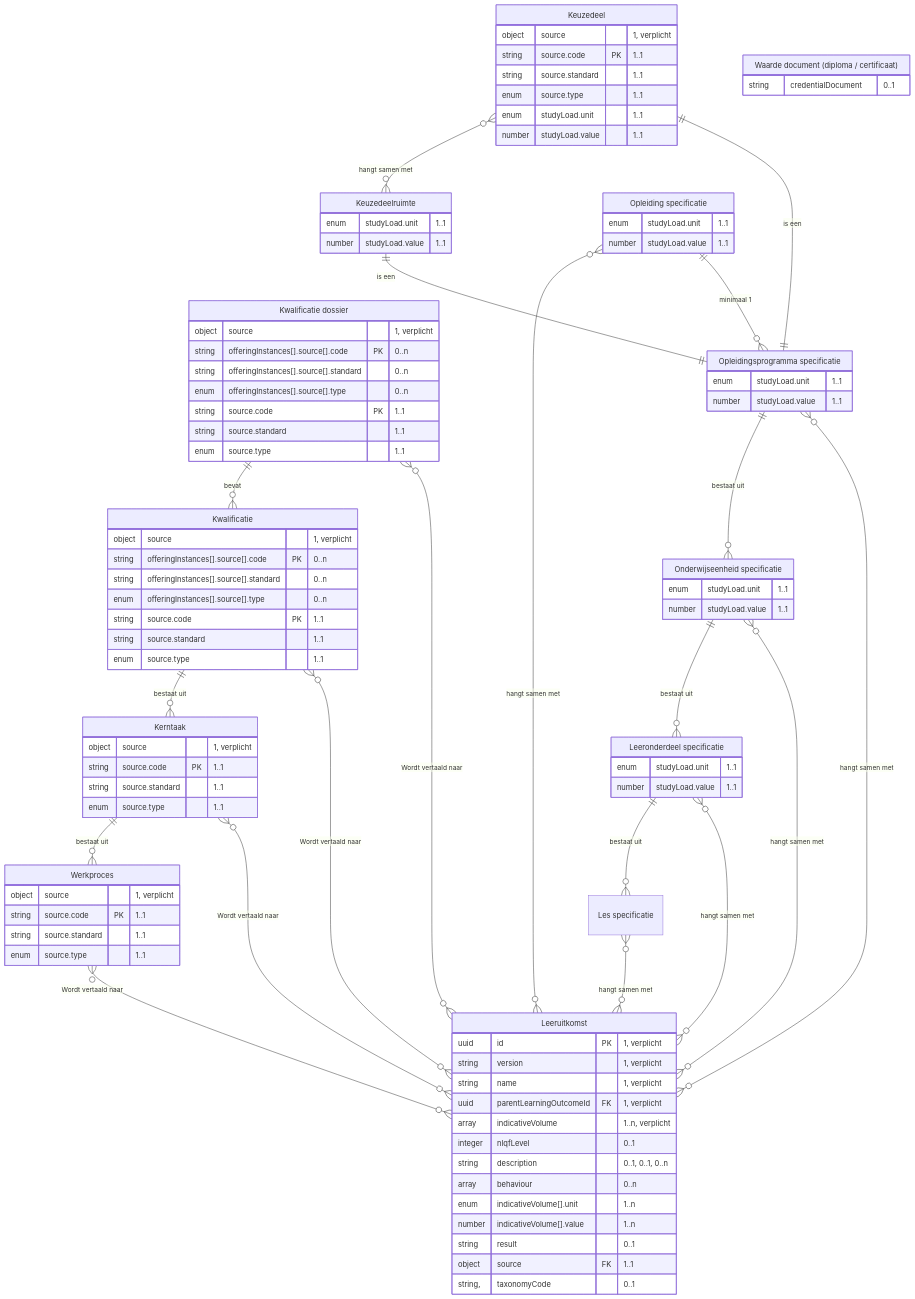
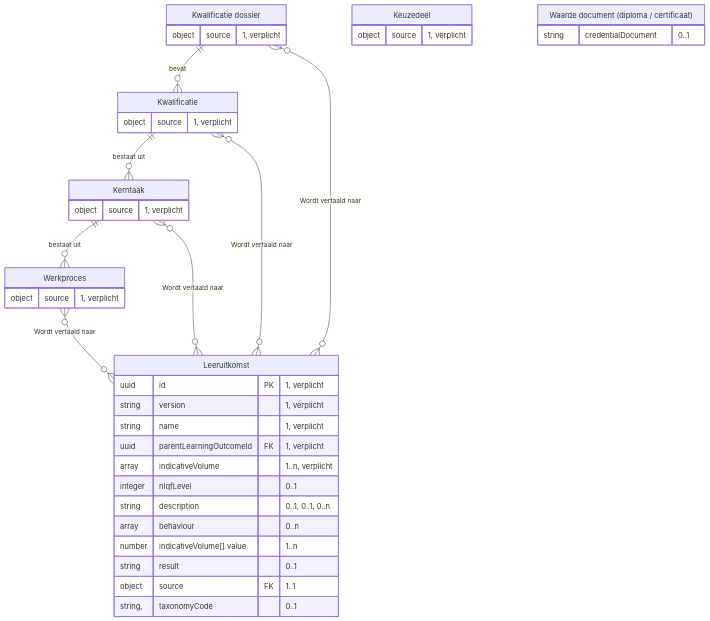
The tenth of 16 diagrams in architecture/docs/specificatie/interactie-onderwijsaanbod/is-oa-01.md (Npuls-OKx/meta), drawn with Mermaid before and after one commit. The commit also changed other lines of this file and 8 other files, not shown here.

````diff
--- a/architecture/docs/specificatie/interactie-onderwijsaanbod/is-oa-01.md
+++ b/architecture/docs/specificatie/interactie-onderwijsaanbod/is-oa-01.md
@@ -452,22 +418,10 @@
     "Kerntaak" ||--o{ "Werkproces" : "bestaat uit"
     "Kwalificatie" ||--o{ "Kerntaak" : "bestaat uit"
     "Kwalificatie dossier" ||--o{ "Kwalificatie" : "bevat"
-    "Leeronderdeel specificatie" ||--o{ "Les specificatie" : "bestaat uit"
-    "Onderwijseenheid specificatie" ||--o{ "Leeronderdeel specificatie" : "bestaat uit"
-    "Opleidingsprogramma specificatie" ||--o{ "Onderwijseenheid specificatie" : "bestaat uit"
     "Kerntaak" }o--o{ "Leeruitkomst" : "Wordt vertaald naar"
-    "Keuzedeel" }o--o{ "Keuzedeelruimte" : "hangt samen met"
     "Kwalificatie" }o--o{ "Leeruitkomst" : "Wordt vertaald naar"
     "Kwalificatie dossier" }o--o{ "Leeruitkomst" : "Wordt vertaald naar"
-    "Leeronderdeel specificatie" }o--o{ "Leeruitkomst" : "hangt samen met"
-    "Les specificatie" }o--o{ "Leeruitkomst" : "hangt samen met"
-    "Onderwijseenheid specificatie" }o--o{ "Leeruitkomst" : "hangt samen met"
-    "Opleiding specificatie" }o--o{ "Leeruitkomst" : "hangt samen met"
-    "Opleidingsprogramma specificatie" }o--o{ "Leeruitkomst" : "hangt samen met"
     "Werkproces" }o--o{ "Leeruitkomst" : "Wordt vertaald naar"
-    "Opleiding specificatie" ||--o{ "Opleidingsprogramma specificatie" : "minimaal 1"
-    "Keuzedeel" ||--|| "Opleidingsprogramma specificatie" : "is een"
-    "Keuzedeelruimte" ||--|| "Opleidingsprogramma specificatie" : "is een"
     "Leeruitkomst" {
         uuid id PK "1, verplicht"
         string version "1, verplicht"
@@ -477,7 +431,6 @@
         integer nlqfLevel "0..1"
         string description "0..1, 0..1, 0..n"
         array behaviour "0..n"
-        enum indicativeVolume[].unit "1..n"
         number indicativeVolume[].value "1..n"
         string result "0..1"
         object source FK "1..1"
@@ -485,64 +438,20 @@
     }
     "Kwalificatie dossier" {
         object source "1, verplicht"
-        string offeringInstances[].source[].code PK "0..n"
-        string offeringInstances[].source[].standard "0..n"
-        enum offeringInstances[].source[].type "0..n"
-        string source.code PK "1..1"
-        string source.standard "1..1"
-        enum source.type "1..1"
     }
     "Kwalificatie" {
         object source "1, verplicht"
-        string offeringInstances[].source[].code PK "0..n"
-        string offeringInstances[].source[].standard "0..n"
-        enum offeringInstances[].source[].type "0..n"
-        string source.code PK "1..1"
-        string source.standard "1..1"
-        enum source.type "1..1"
     }
     "Kerntaak" {
         object source "1, verplicht"
-        string source.code PK "1..1"
-        string source.standard "1..1"
-        enum source.type "1..1"
     }
     "Werkproces" {
         object source "1, verplicht"
-        string source.code PK "1..1"
-        string source.standard "1..1"
-        enum source.type "1..1"
     }
     "Keuzedeel" {
         object source "1, verplicht"
-        string source.code PK "1..1"
-        string source.standard "1..1"
-        enum source.type "1..1"
-        enum studyLoad.unit "1..1"
-        number studyLoad.value "1..1"
     }
     "Waarde document (diploma / certificaat)" {
         string credentialDocument "0..1"
     }
-    "Opleiding specificatie" {
-        enum studyLoad.unit "1..1"
-        number studyLoad.value "1..1"
-    }
-    "Opleidingsprogramma specificatie" {
-        enum studyLoad.unit "1..1"
-        number studyLoad.value "1..1"
-    }
-    "Onderwijseenheid specificatie" {
-        enum studyLoad.unit "1..1"
-        number studyLoad.value "1..1"
-    }
-    "Leeronderdeel specificatie" {
-        enum studyLoad.unit "1..1"
-        number studyLoad.value "1..1"
-    }
-    "Keuzedeelruimte" {
-        enum studyLoad.unit "1..1"
-        number studyLoad.value "1..1"
-    }
-    "Les specificatie" { }
 ```
````
